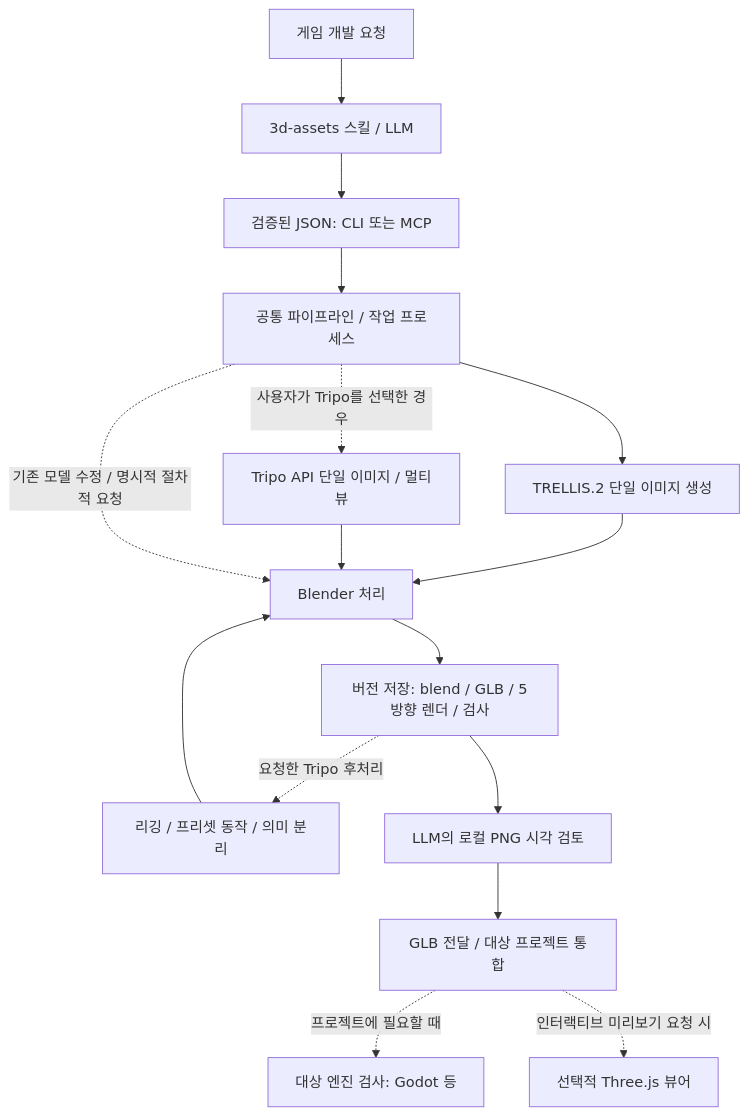
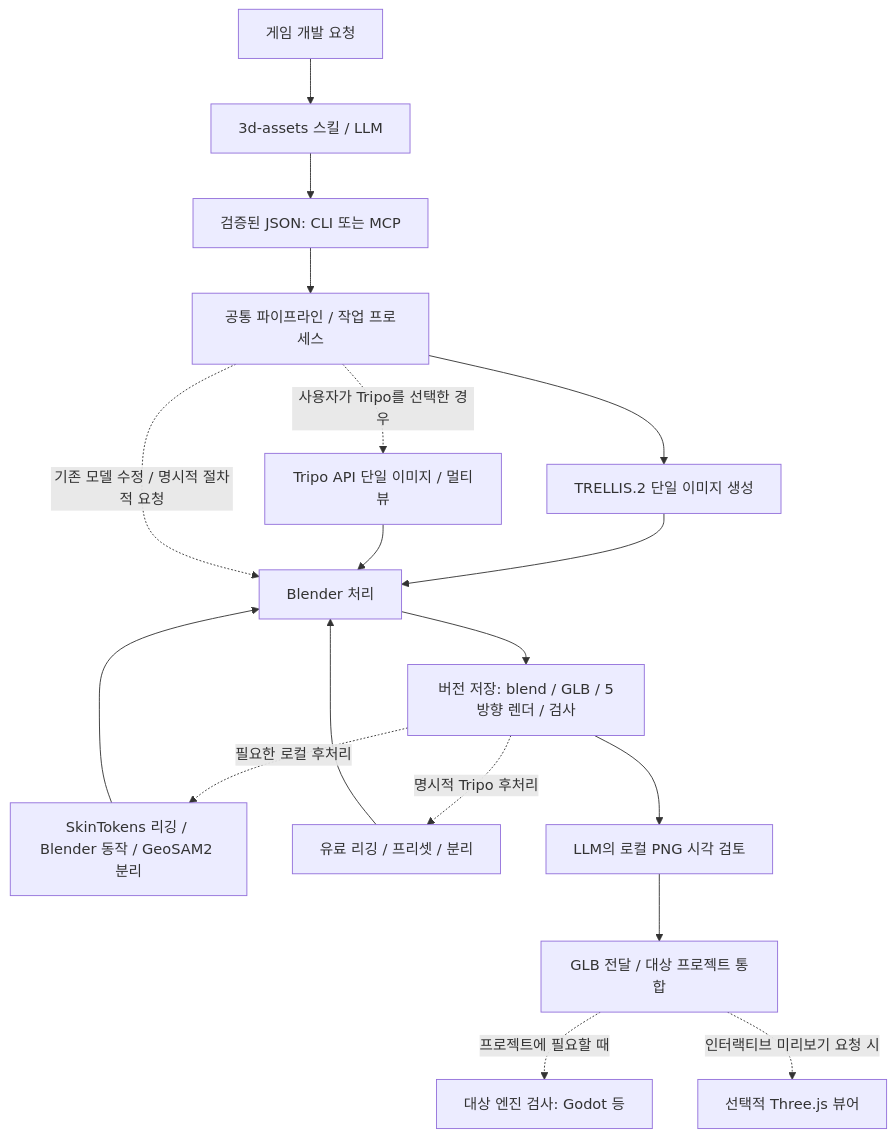
One commit to NA-DEGEN-GIRL/3d-asset-auto changed the diagram in docs/ARCHITECTURE.md. Above: the diagram before and after it, drawn with Mermaid. The commit also changed other lines of this file and 42 other files, not shown here.

````diff
--- a/docs/ARCHITECTURE.md
+++ b/docs/ARCHITECTURE.md
@@ -5,18 +7,20 @@
 ```mermaid
 flowchart TD
     A[게임 개발 요청] --> B[3d-assets 스킬 / LLM]
     B --> C[검증된 JSON: CLI 또는 MCP]
     C --> D[공통 파이프라인 / 작업 프로세스]
     D --> E[TRELLIS.2 단일 이미지 생성]
     E --> F[Blender 처리]
     D -. 사용자가 Tripo를 선택한 경우 .-> T[Tripo API 단일 이미지 / 멀티뷰]
     T --> F
     D -. 기존 모델 수정 / 명시적 절차적 요청 .-> F
     F --> G[버전 저장: blend / GLB / 5방향 렌더 / 검사]
-    G -. 요청한 Tripo 후처리 .-> P[리깅 / 프리셋 동작 / 의미 분리]
+    G -. 필요한 로컬 후처리 .-> P[SkinTokens 리깅 / Blender 동작 / GeoSAM2 분리]
     P --> F
+    G -. 명시적 Tripo 후처리 .-> R[유료 리깅 / 프리셋 / 분리]
+    R --> F
     G --> J[LLM의 로컬 PNG 시각 검토]
     J --> K[GLB 전달 / 대상 프로젝트 통합]
     K -. 프로젝트에 필요할 때 .-> H[대상 엔진 검사: Godot 등]
     K -. 인터랙티브 미리보기 요청 시 .-> I[선택적 Three.js 뷰어]
 ```
````
